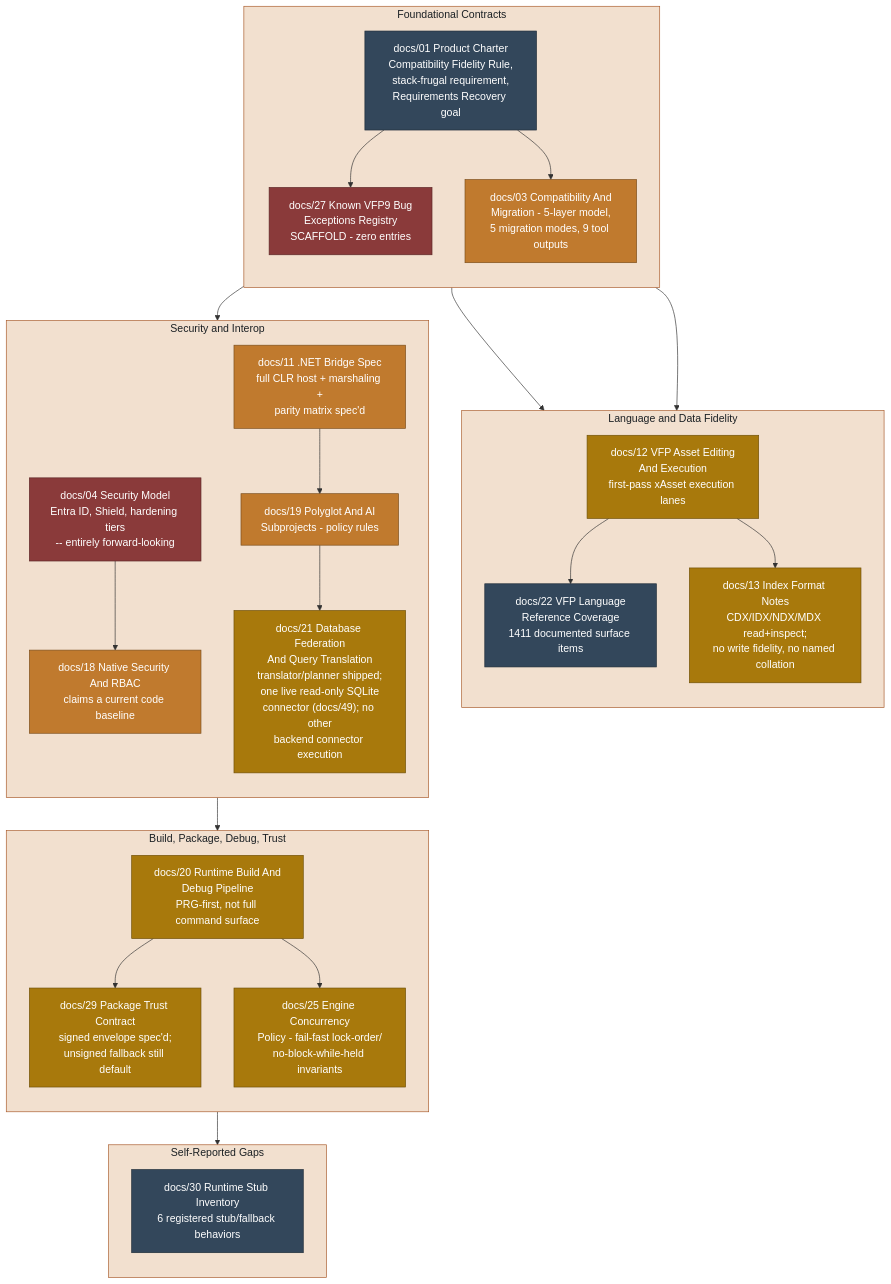
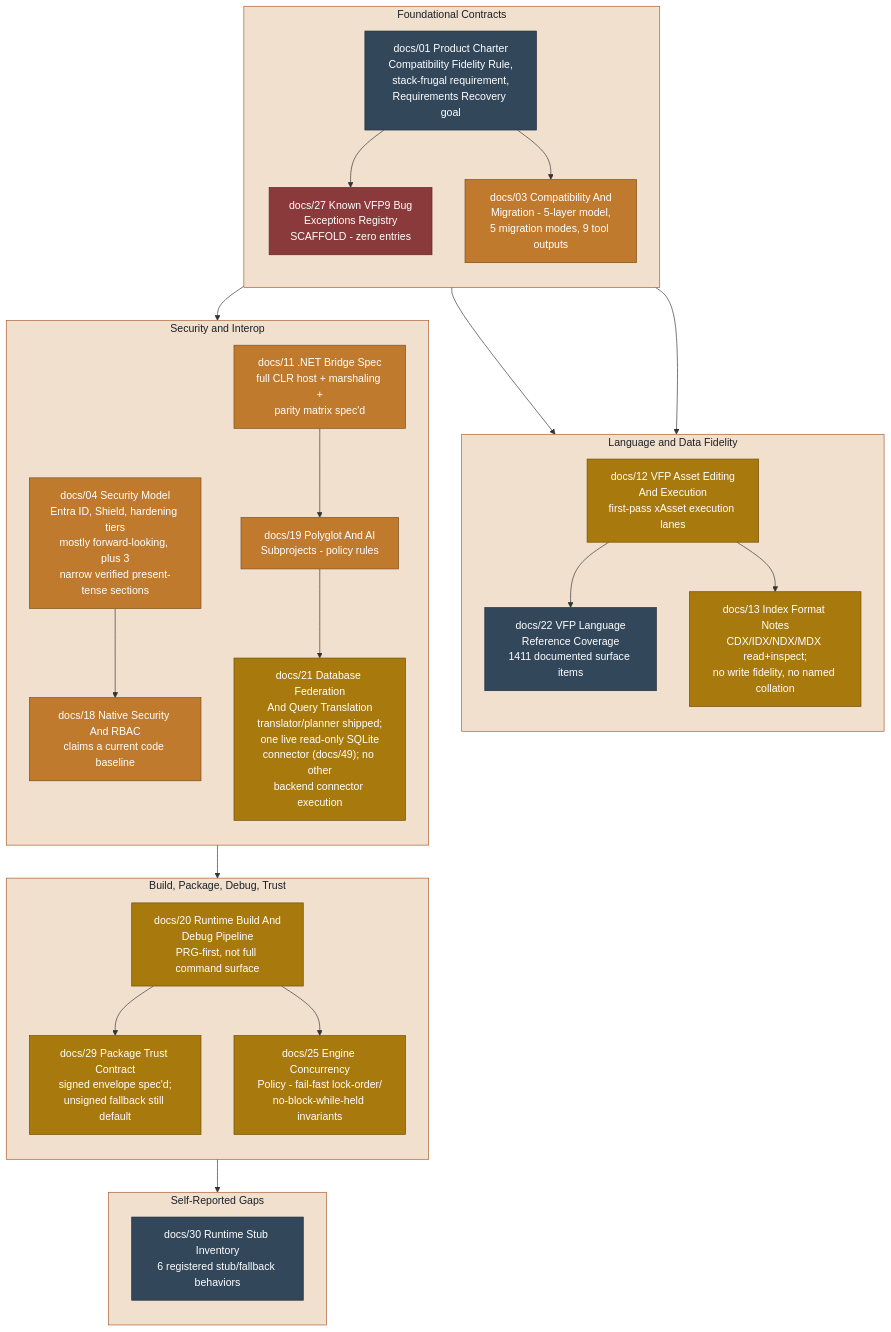
The diagram in docs/31-specification-compliance-gap-analysis.md (rhamenator/Project-Copperfin), drawn with Mermaid before and after one commit. The commit also changed other lines of this file and 4 other files, not shown here.

````diff
--- a/docs/31-specification-compliance-gap-analysis.md
+++ b/docs/31-specification-compliance-gap-analysis.md
@@ -36,77 +36,77 @@
 ```mermaid
 flowchart TB
     classDef solid fill:#2f7a52,stroke:#1e5136,color:#ffffff,stroke-width:1px;
     classDef partial fill:#a8790c,stroke:#6e4f07,color:#ffffff,stroke-width:1px;
     classDef seed fill:#c07a2e,stroke:#7a4d1c,color:#ffffff,stroke-width:1px;
     classDef scaffold fill:#8a3a3a,stroke:#5c2626,color:#ffffff,stroke-width:1px;
     classDef narrative fill:#6b7280,stroke:#484d54,color:#ffffff,stroke-width:1px;
     classDef matrix fill:#33475b,stroke:#1f2c38,color:#ffffff,stroke-width:1px;
     classDef lane fill:#f2e0cf,stroke:#a85a2a,color:#1b2024,stroke-width:1px;
 
     subgraph FOUND["Foundational Contracts"]
       direction TB
       CHARTER["docs/01 Product Charter<br/>Compatibility Fidelity Rule,<br/>stack-frugal requirement,<br/>Requirements Recovery goal"]
       KBX["docs/27 Known VFP9 Bug<br/>Exceptions Registry<br/>SCAFFOLD - zero entries"]
       COMPAT["docs/03 Compatibility And<br/>Migration - 5-layer model,<br/>5 migration modes, 9 tool outputs"]
     end
 
     subgraph LANG["Language and Data Fidelity"]
       direction TB
       LANGCOV["docs/22 VFP Language<br/>Reference Coverage<br/>1411 documented surface items"]
       IDXFMT["docs/13 Index Format Notes<br/>CDX/IDX/NDX/MDX read+inspect;<br/>no write fidelity, no named collation"]
       ASSETEDIT["docs/12 VFP Asset Editing<br/>And Execution<br/>first-pass xAsset execution lanes"]
     end
 
     subgraph PIPE["Build, Package, Debug, Trust"]
       direction TB
       PIPELINE["docs/20 Runtime Build And<br/>Debug Pipeline<br/>PRG-first, not full command surface"]
       TRUST["docs/29 Package Trust Contract<br/>signed envelope spec'd;<br/>unsigned fallback still default"]
       CONCURRENCY["docs/25 Engine Concurrency<br/>Policy - fail-fast lock-order/<br/>no-block-while-held invariants"]
     end
 
     subgraph SEC["Security and Interop"]
       direction TB
-      SECMODEL["docs/04 Security Model<br/>Entra ID, Shield, hardening tiers<br/>-- entirely forward-looking"]
+      SECMODEL["docs/04 Security Model<br/>Entra ID, Shield, hardening tiers<br/>mostly forward-looking, plus 3<br/>narrow verified present-tense sections"]
       RBAC["docs/18 Native Security And RBAC<br/>claims a current code baseline"]
       DOTNET["docs/11 .NET Bridge Spec<br/>full CLR host + marshaling +<br/>parity matrix spec'd"]
       POLYGLOT["docs/19 Polyglot And AI<br/>Subprojects - policy rules"]
       FEDERATION["docs/21 Database Federation<br/>And Query Translation<br/>translator/planner shipped;<br/>one live read-only SQLite<br/>connector (docs/49); no other<br/>backend connector execution"]
     end
 
     subgraph STUBS["Self-Reported Gaps"]
       direction TB
       STUBINV["docs/30 Runtime Stub Inventory<br/>6 registered stub/fallback behaviors"]
     end
 
     CHARTER --> KBX
     CHARTER --> COMPAT
     CHARTER --> LANGCOV
     COMPAT --> ASSETEDIT
     ASSETEDIT --> IDXFMT
     ASSETEDIT --> LANGCOV
     PIPELINE --> TRUST
     PIPELINE --> CONCURRENCY
     PIPELINE --> STUBINV
     SECMODEL --> RBAC
     RBAC --> TRUST
     DOTNET --> POLYGLOT
     POLYGLOT --> FEDERATION
     CHARTER --> DOTNET
 
     class CHARTER matrix;
     class KBX scaffold;
     class COMPAT seed;
     class LANGCOV matrix;
     class IDXFMT partial;
     class ASSETEDIT partial;
     class PIPELINE partial;
     class TRUST partial;
     class CONCURRENCY partial;
-    class SECMODEL scaffold;
+    class SECMODEL seed;
     class RBAC seed;
     class DOTNET seed;
     class POLYGLOT seed;
     class FEDERATION partial;
     class STUBINV matrix;
     class FOUND,LANG,PIPE,SEC,STUBS lane;
 ```
````
